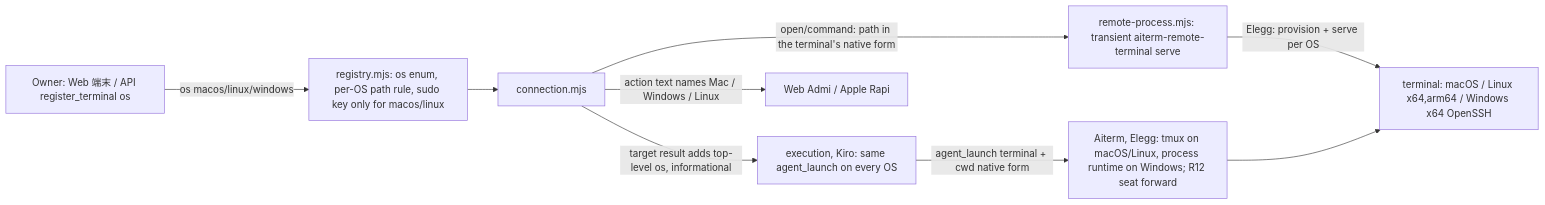
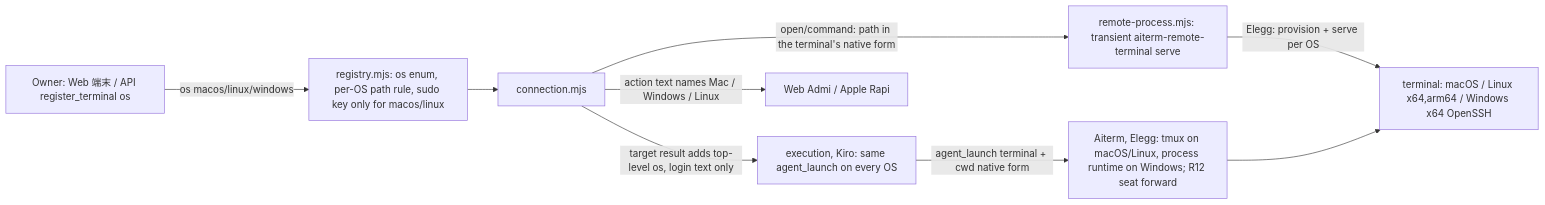
Before and after one commit to kitepon/BellTeam: the tenth of 10 diagrams in docs/architecture/modules/terminals/README.md, drawn with Mermaid. The commit also changed other lines of this file, not shown here.

Commit message:
terminals README: execution reads target.os only for the login text (Kiro #970)

````diff
--- a/docs/architecture/modules/terminals/README.md
+++ b/docs/architecture/modules/terminals/README.md
@@ -441,11 +441,11 @@
 ```mermaid
 flowchart LR
   Owner[Owner: Web 端末 / API register_terminal os] -->|os macos/linux/windows| Reg[registry.mjs: os enum, per-OS path rule, sudo key only for macos/linux]
   Reg --> Conn[connection.mjs]
   Conn -->|open/command: path in the terminal's native form| Proc[remote-process.mjs: transient aiterm-remote-terminal serve]
   Proc -->|Elegg: provision + serve per OS| Term[terminal: macOS / Linux x64,arm64 / Windows x64 OpenSSH]
-  Conn -->|target result adds top-level os, informational| Exec[execution, Kiro: same agent_launch on every OS]
+  Conn -->|target result adds top-level os, login text only| Exec[execution, Kiro: same agent_launch on every OS]
   Exec -->|agent_launch terminal + cwd native form| Aiterm[Aiterm, Elegg: tmux on macOS/Linux, process runtime on Windows; R12 seat forward]
   Aiterm --> Term
   Conn -->|action text names Mac / Windows / Linux| Surfaces[Web Admi / Apple Rapi]
 ```
````
